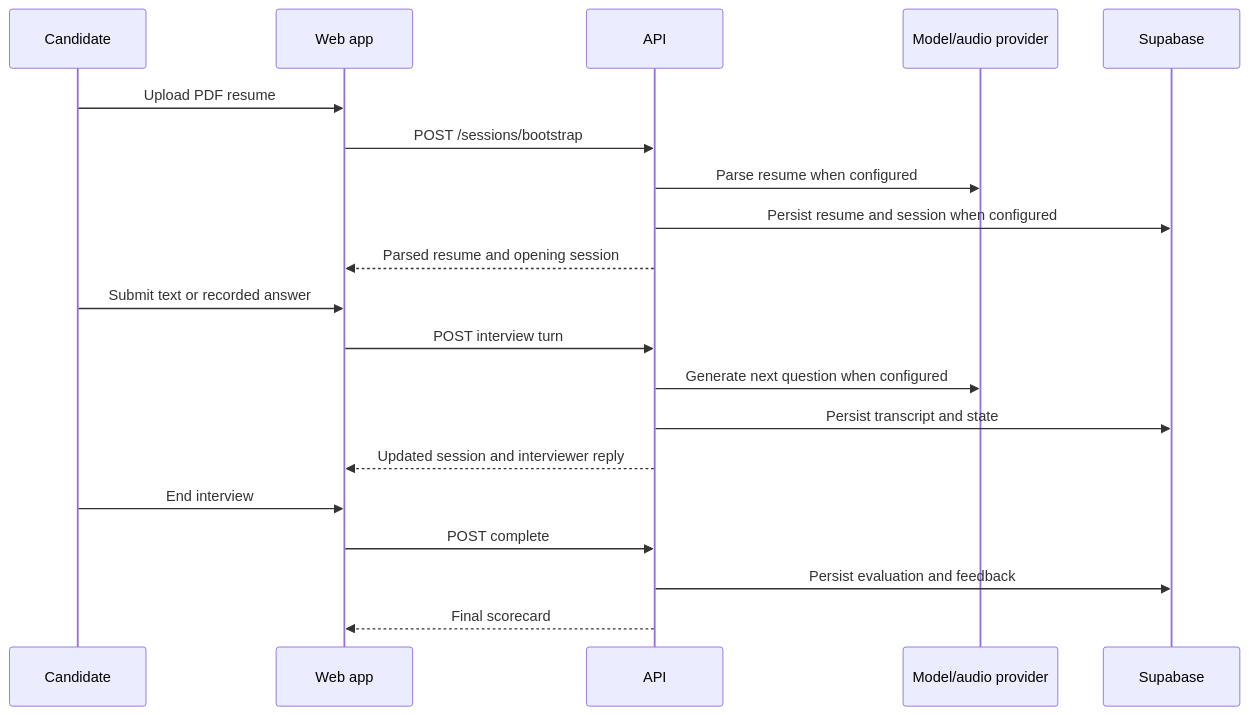
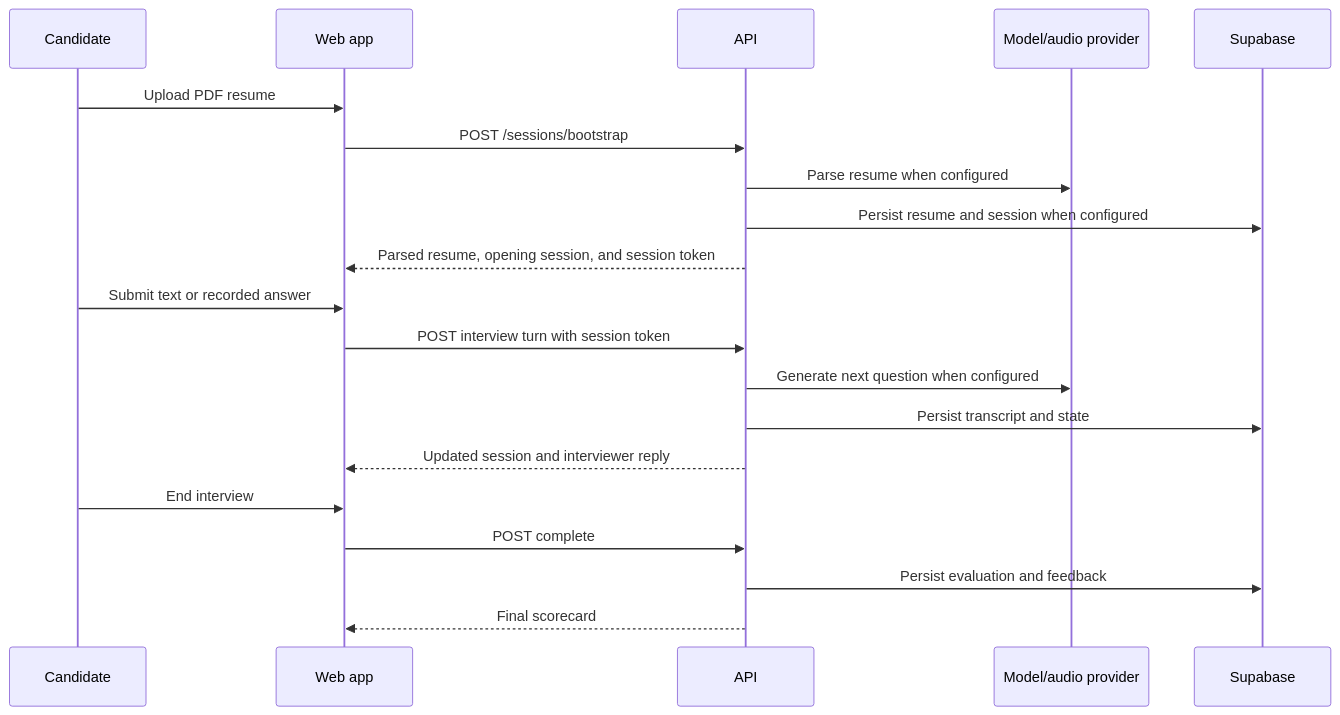
One commit to skshatanvirpm/interviewing-agent changed the second of 2 diagrams in docs/architecture.md. Above: the diagram before and after it, drawn with Mermaid. The commit also changed other lines of this file and 33 other files, not shown here.

````diff
--- a/docs/architecture.md
+++ b/docs/architecture.md
@@ -30,23 +30,23 @@
 ```mermaid
 sequenceDiagram
     participant C as Candidate
     participant W as Web app
     participant A as API
     participant M as Model/audio provider
     participant D as Supabase
 
     C->>W: Upload PDF resume
     W->>A: POST /sessions/bootstrap
     A->>M: Parse resume when configured
     A->>D: Persist resume and session when configured
-    A-->>W: Parsed resume and opening session
+    A-->>W: Parsed resume, opening session, and session token
     C->>W: Submit text or recorded answer
-    W->>A: POST interview turn
+    W->>A: POST interview turn with session token
     A->>M: Generate next question when configured
     A->>D: Persist transcript and state
     A-->>W: Updated session and interviewer reply
     C->>W: End interview
     W->>A: POST complete
     A->>D: Persist evaluation and feedback
     A-->>W: Final scorecard
 ```
````
